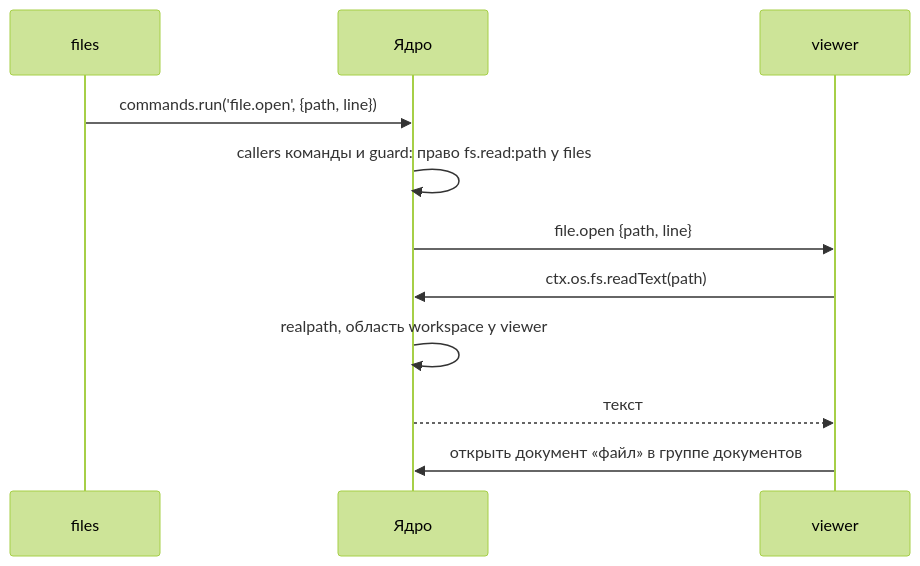
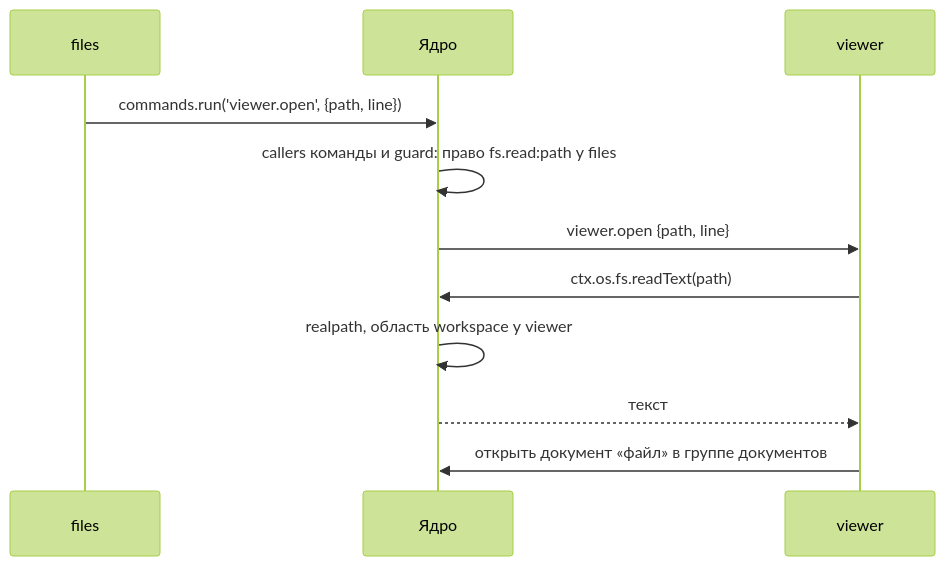
One commit to dex-it/cyborg-harness changed the third of 3 diagrams in docs/04-architecture/design/sad.md. Above: the diagram before and after it, drawn with Mermaid (forest theme). The commit also changed other lines of this file and 6 other files, not shown here.

````diff
--- a/docs/04-architecture/design/sad.md
+++ b/docs/04-architecture/design/sad.md
@@ -842,16 +844,16 @@
 ```mermaid
 sequenceDiagram
   accTitle: Открытие файла из дерева
-  accDescr: files вызывает команду file.open через реестр ядра. Ядро проверяет право fs.read у files, находит исполнителя viewer и передаёт вызов. viewer читает файл через ctx.os.fs и открывает документ в группе документов.
+  accDescr: files вызывает команду viewer.open через реестр ядра. Ядро проверяет право fs.read у files, находит исполнителя viewer и передаёт вызов. viewer читает файл через ctx.os.fs и открывает документ в группе документов.
 
   participant F as files
   participant K as Ядро
   participant V as viewer
-  F->>K: commands.run('file.open', {path, line})
+  F->>K: commands.run('viewer.open', {path, line})
   K->>K: callers команды и guard: право fs.read:path у files
-  K->>V: file.open {path, line}
+  K->>V: viewer.open {path, line}
   V->>K: ctx.os.fs.readText(path)
   K->>K: realpath, область workspace у viewer
   K-->>V: текст
   V->>K: открыть документ «файл» в группе документов
 ```
````
